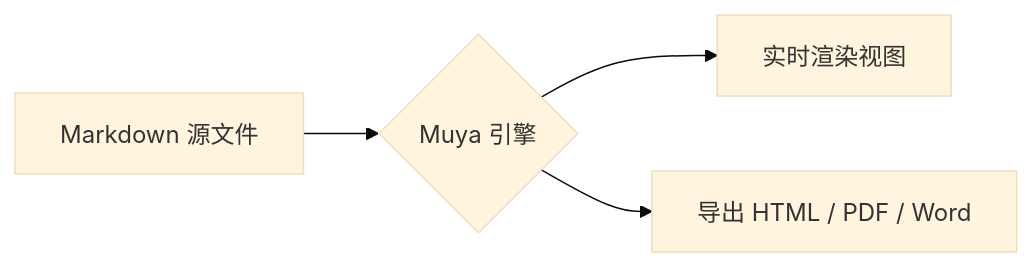
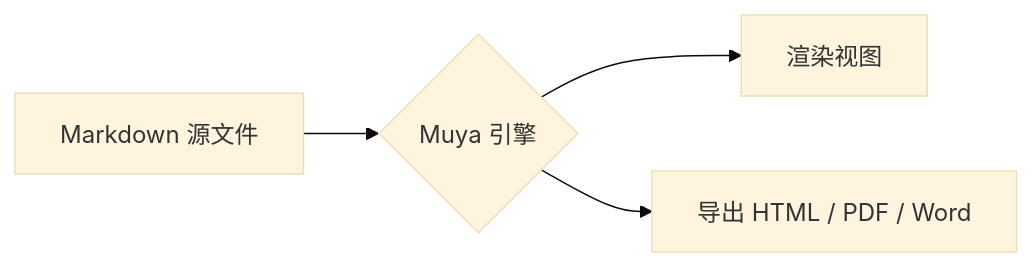
Before and after one commit to 1ATLAS0/InkMark: the diagram in demo2.md, drawn with Mermaid (base theme). The commit also changed other lines of this file and 9 other files, not shown here.

````diff
--- a/demo2.md
+++ b/demo2.md
@@ -3,6 +3,6 @@
 ```mermaid
 graph LR
   A[Markdown 源文件] --> B{Muya 引擎}
-  B --> C[实时渲染视图]
+  B --> C[渲染视图]
   B --> D[导出 HTML / PDF / Word]
 ```
````
